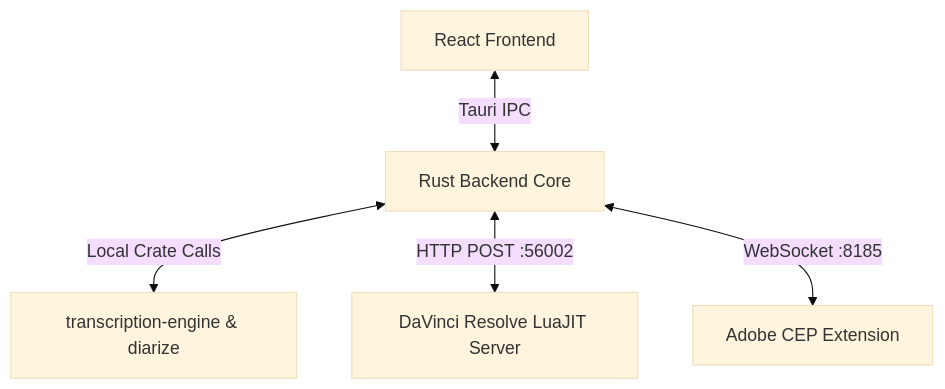
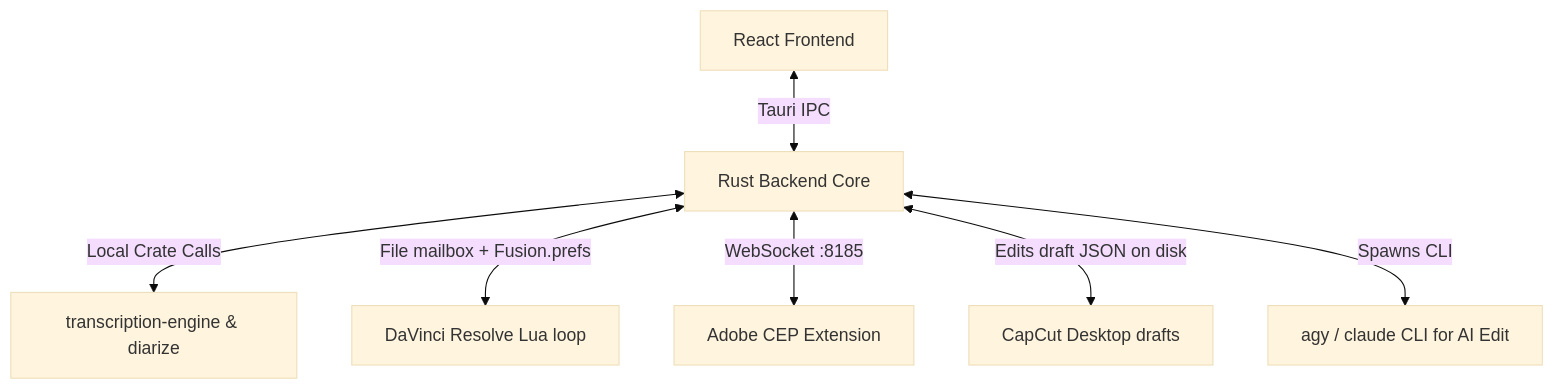
One commit to log-ddl/ddl_autosub changed the diagram in AGENTS.md. Above: the diagram before and after it, drawn with Mermaid (base theme). The commit also changed other lines of this file and 6 other files, not shown here.

````diff
--- a/AGENTS.md
+++ b/AGENTS.md
@@ -13,7 +13,9 @@
 ```mermaid
 flowchart TD
     ReactFE[React Frontend] <-->|Tauri IPC| RustBE[Rust Backend Core]
     RustBE <-->|Local Crate Calls| AICrates[transcription-engine & diarize]
-    RustBE <-->|HTTP POST :56002| Resolve[DaVinci Resolve LuaJIT Server]
+    RustBE <-->|File mailbox + Fusion.prefs| Resolve[DaVinci Resolve Lua loop]
     RustBE <-->|WebSocket :8185| Adobe[Adobe CEP Extension]
+    RustBE <-->|Edits draft JSON on disk| CapCut[CapCut Desktop drafts]
+    RustBE <-->|Spawns CLI| AiCli[agy / claude CLI for AI Edit]
 ```
````
